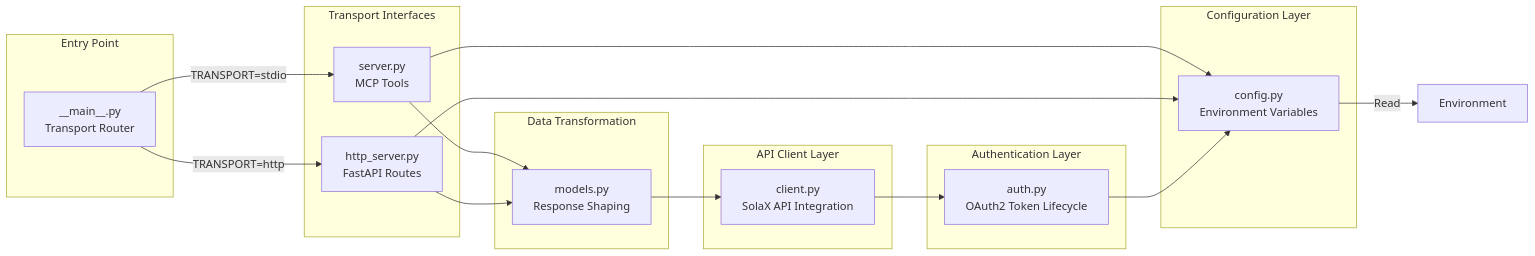
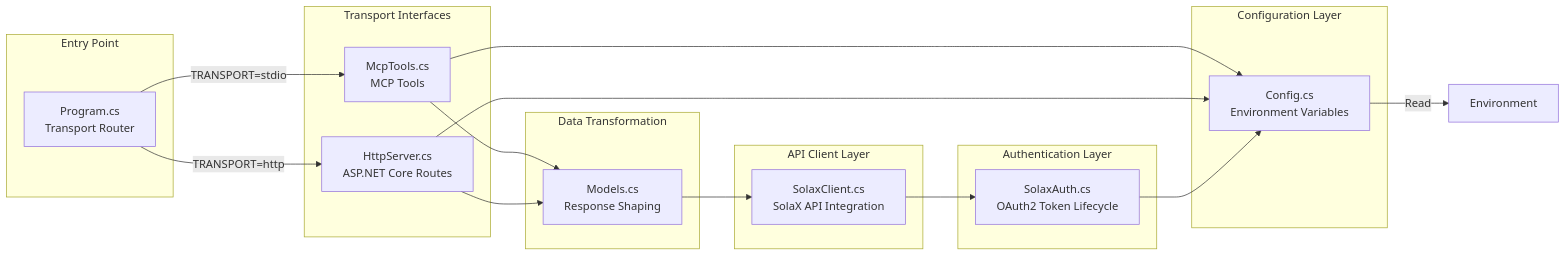
Before and after one commit to tomkor/solax-cloud-mcp: the second of 12 diagrams in ARCHITECTURE.md, drawn with Mermaid. The commit also changed other lines of this file and 73 other files, not shown here.

````diff
--- a/ARCHITECTURE.md
+++ b/ARCHITECTURE.md
@@ -83,43 +83,43 @@
 ```mermaid
 graph LR
     subgraph "Configuration Layer"
-        CONFIG["config.py<br/>Environment Variables"]
+        CONFIG["Config.cs<br/>Environment Variables"]
     end
     
     subgraph "Authentication Layer"
-        AUTH["auth.py<br/>OAuth2 Token Lifecycle"]
+        AUTH["SolaxAuth.cs<br/>OAuth2 Token Lifecycle"]
     end
     
     subgraph "API Client Layer"
-        CLIENT["client.py<br/>SolaX API Integration"]
+        CLIENT["SolaxClient.cs<br/>SolaX API Integration"]
     end
     
     subgraph "Data Transformation"
-        MODELS["models.py<br/>Response Shaping"]
+        MODELS["Models.cs<br/>Response Shaping"]
     end
     
     subgraph "Transport Interfaces"
-        MCP["server.py<br/>MCP Tools"]
-        HTTP["http_server.py<br/>FastAPI Routes"]
+        MCP["McpTools.cs<br/>MCP Tools"]
+        HTTP["HttpServer.cs<br/>ASP.NET Core Routes"]
     end
     
     subgraph "Entry Point"
-        MAIN["__main__.py<br/>Transport Router"]
+        MAIN["Program.cs<br/>Transport Router"]
     end
     
     MAIN -->|TRANSPORT=stdio| MCP
     MAIN -->|TRANSPORT=http| HTTP
     
     MCP --> CONFIG
     HTTP --> CONFIG
     
     MCP --> MODELS
     HTTP --> MODELS
     
     MODELS --> CLIENT
     
     CLIENT --> AUTH
     AUTH --> CONFIG
     
     CONFIG -->|Read| ENV["Environment"]
 ```
````
